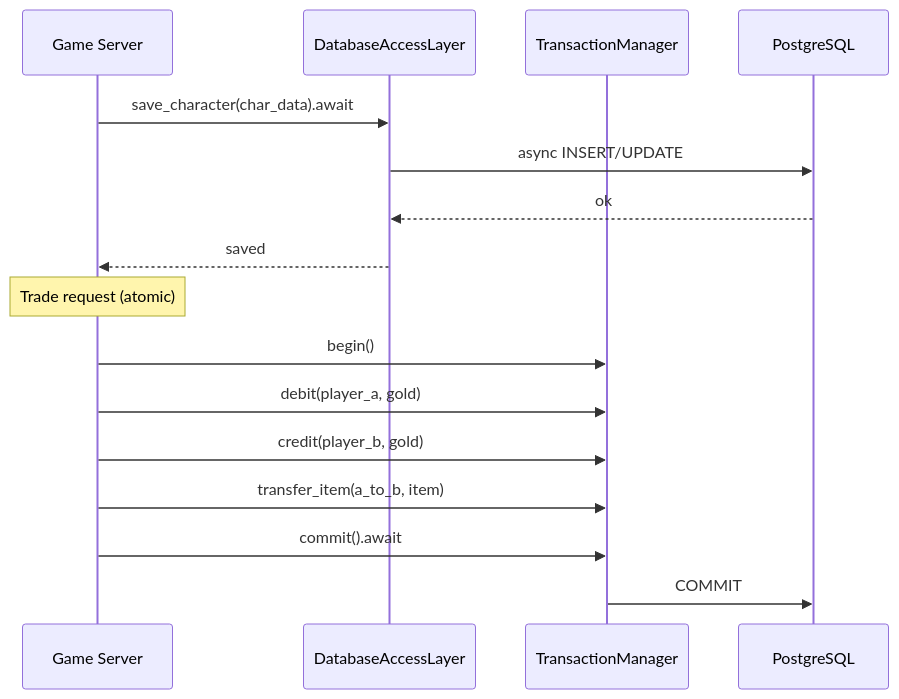
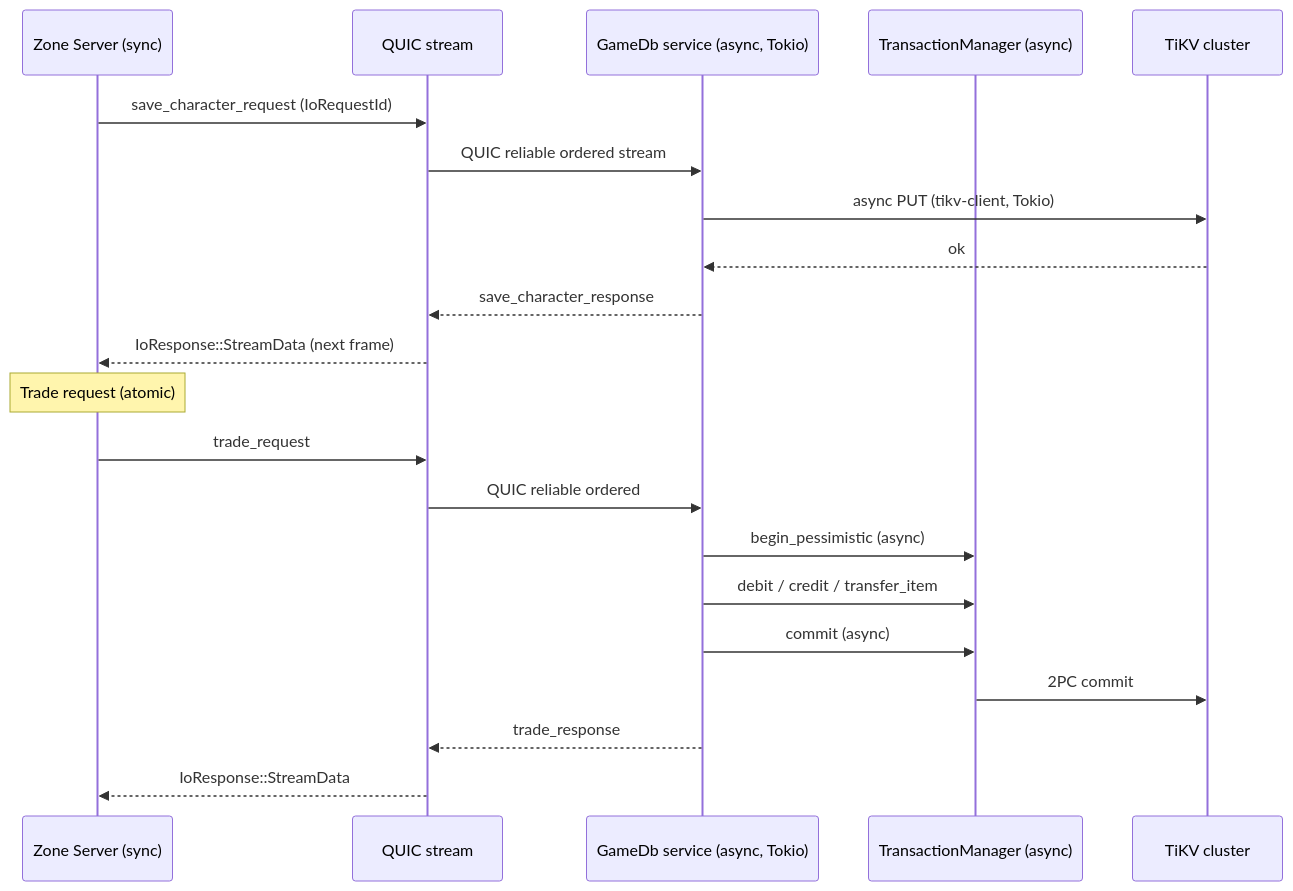
Before and after one commit to harmonius-dev/harmonius: the sixth of 12 diagrams in docs/design/networking/network-infrastructure.md, drawn with Mermaid. The commit also changed other lines of this file and 143 other files, not shown here.

````diff
--- a/docs/design/networking/network-infrastructure.md
+++ b/docs/design/networking/network-infrastructure.md
@@ -270,20 +303,25 @@
 ```mermaid
 sequenceDiagram
-    participant GS as Game Server
-    participant DAL as DatabaseAccessLayer
-    participant TXN as TransactionManager
-    participant DB as PostgreSQL
+    participant GS as Zone Server (sync)
+    participant Q as QUIC stream
+    participant DB as GameDb service (async, Tokio)
+    participant TXN as TransactionManager (async)
+    participant TiKV as TiKV cluster
 
-    GS->>DAL: save_character(char_data).await
-    DAL->>DB: async INSERT/UPDATE
-    DB-->>DAL: ok
-    DAL-->>GS: saved
+    GS->>Q: save_character_request (IoRequestId)
+    Q->>DB: QUIC reliable ordered stream
+    DB->>TiKV: async PUT (tikv-client, Tokio)
+    TiKV-->>DB: ok
+    DB-->>Q: save_character_response
+    Q-->>GS: IoResponse::StreamData (next frame)
 
     Note over GS: Trade request (atomic)
-    GS->>TXN: begin()
-    GS->>TXN: debit(player_a, gold)
-    GS->>TXN: credit(player_b, gold)
-    GS->>TXN: transfer_item(a_to_b, item)
-    GS->>TXN: commit().await
-    TXN->>DB: COMMIT
+    GS->>Q: trade_request
+    Q->>DB: QUIC reliable ordered
+    DB->>TXN: begin_pessimistic (async)
+    DB->>TXN: debit / credit / transfer_item
+    DB->>TXN: commit (async)
+    TXN->>TiKV: 2PC commit
+    DB-->>Q: trade_response
+    Q-->>GS: IoResponse::StreamData
 ```
````
